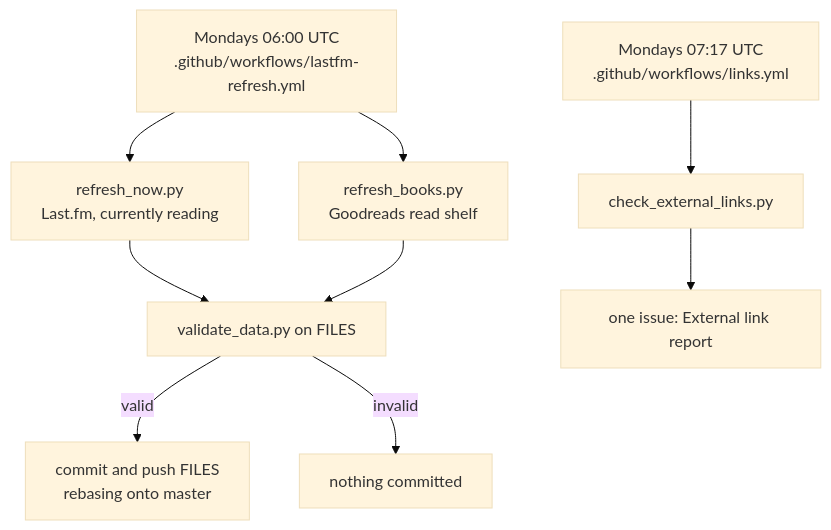
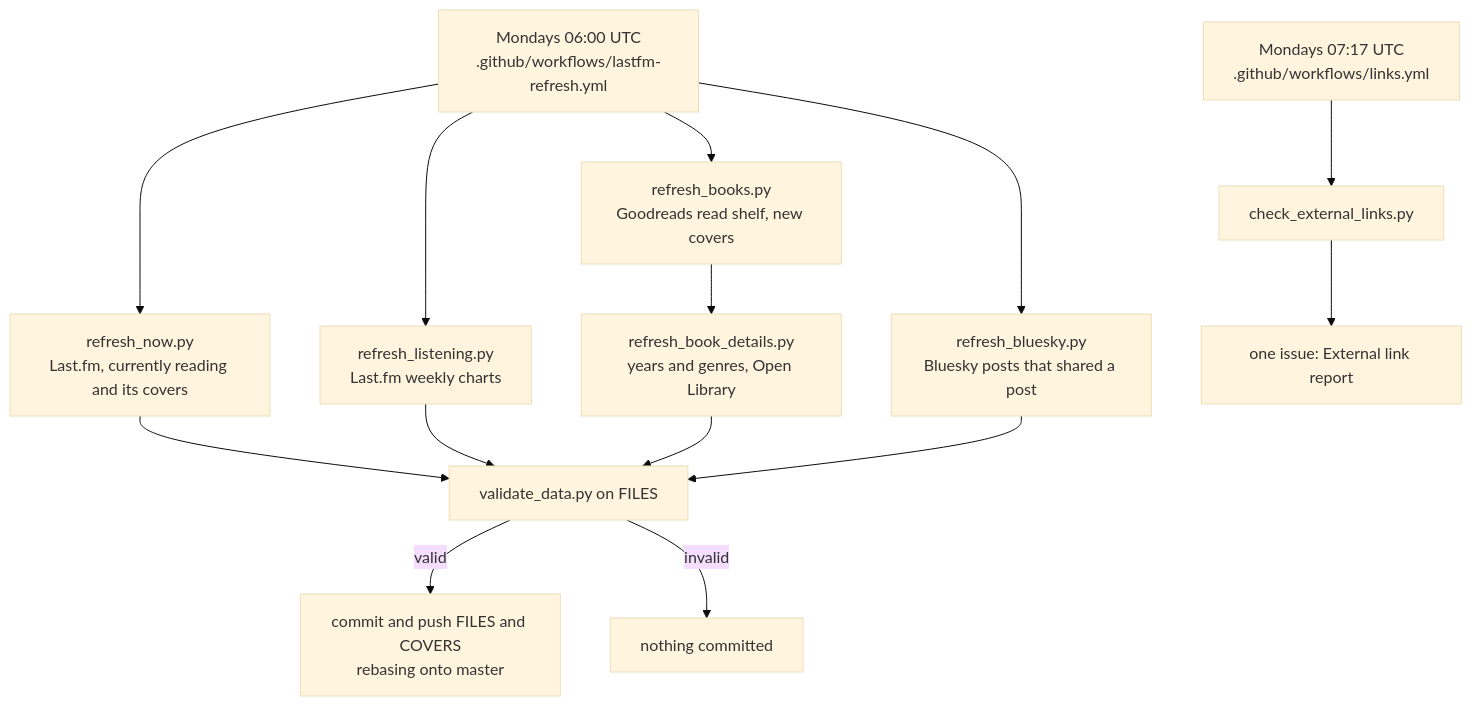
One commit to DrKenReid/DrKenReid.github.io changed the fourth of 4 diagrams in .github/docs/ARCHITECTURE.md. Above: the diagram before and after it, drawn with Mermaid (base theme). The commit also changed other lines of this file and 1326 other files, not shown here.

````diff
--- a/.github/docs/ARCHITECTURE.md
+++ b/.github/docs/ARCHITECTURE.md
@@ -454,11 +457,16 @@
 ```mermaid
 flowchart TD
-    cron1["Mondays 06:00 UTC<br/>.github/workflows/lastfm-refresh.yml"] --> now["refresh_now.py<br/>Last.fm, currently reading"]
-    cron1 --> books["refresh_books.py<br/>Goodreads read shelf"]
+    cron1["Mondays 06:00 UTC<br/>.github/workflows/lastfm-refresh.yml"] --> now["refresh_now.py<br/>Last.fm, currently reading and its covers"]
+    cron1 --> listening["refresh_listening.py<br/>Last.fm weekly charts"]
+    cron1 --> books["refresh_books.py<br/>Goodreads read shelf, new covers"]
+    books --> details["refresh_book_details.py<br/>years and genres, Open Library"]
     now --> v["validate_data.py on FILES"]
-    books --> v
-    v -->|valid| commit["commit and push FILES<br/>rebasing onto master"]
+    listening --> v
+    details --> v
+    cron1 --> bluesky["refresh_bluesky.py<br/>Bluesky posts that shared a post"]
+    bluesky --> v
+    v -->|valid| commit["commit and push FILES and COVERS<br/>rebasing onto master"]
     v -->|invalid| stop["nothing committed"]
     cron2["Mondays 07:17 UTC<br/>.github/workflows/links.yml"] --> links["check_external_links.py"]
     links --> issue["one issue: External link report"]
 ```
````
